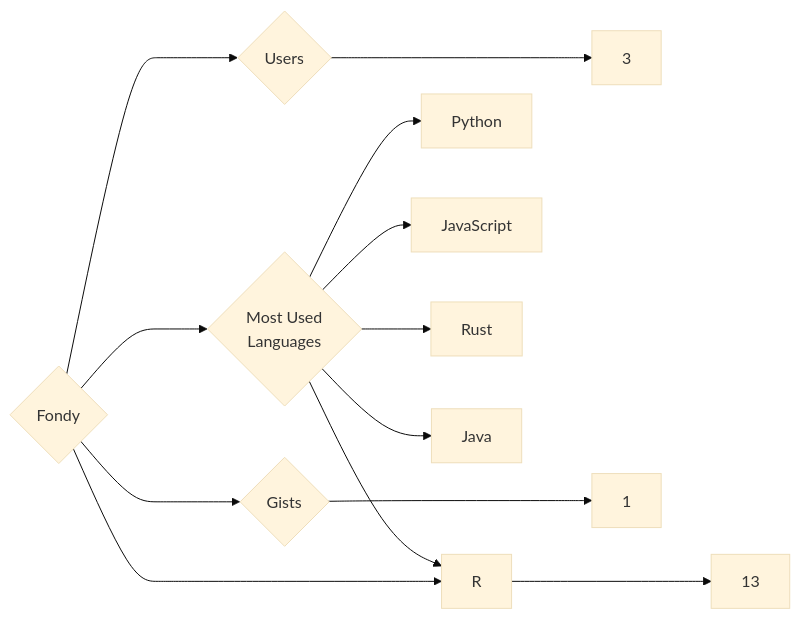
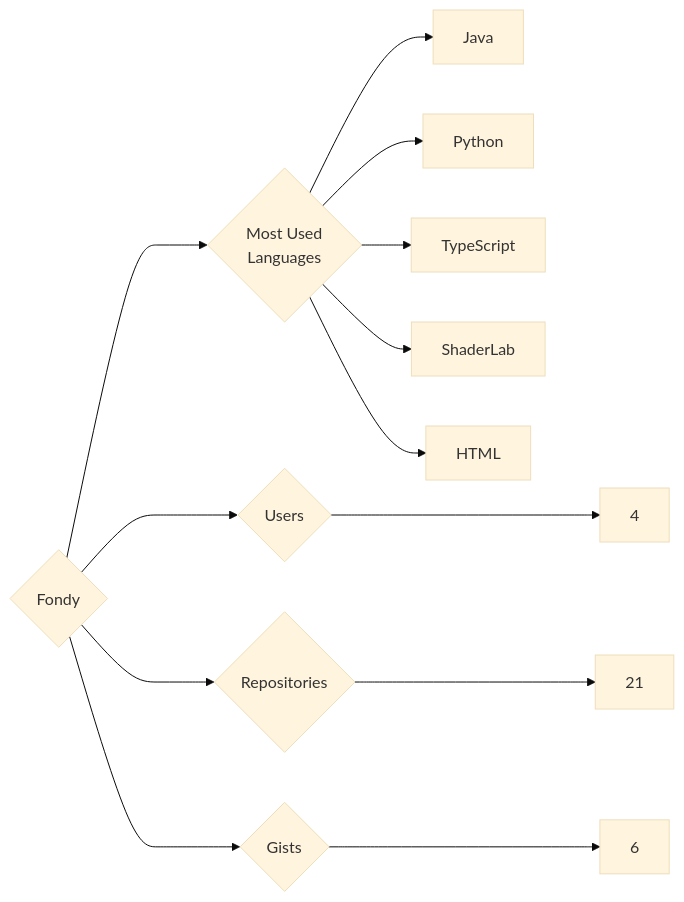
The diagram in targets/Fondy/README.md (trickest/insiders), drawn with Mermaid (base theme) before and after one commit. The commit also changed 1314 other files, not shown here.

````diff
--- a/targets/Fondy/README.md
+++ b/targets/Fondy/README.md
@@ -3,13 +3,13 @@
 ```mermaid
 graph LR
 COMPANY_NAME{Fondy}
-COMPANY_NAME ---> U{Users} ---> UN[3]
-COMPANY_NAME ---> R{Repositories} ---> RN[13]
-COMPANY_NAME ---> G{Gists} ---> GN[1]
+COMPANY_NAME ---> U{Users} ---> UN[4]
+COMPANY_NAME ---> R{Repositories} ---> RN[21]
+COMPANY_NAME ---> G{Gists} ---> GN[6]
 COMPANY_NAME ---> ML{Most Used<br>Languages}
+ML --> Java[Java]
 ML --> Python[Python]
-ML --> JavaScript[JavaScript]
-ML --> Rust[Rust]
-ML --> R[R]
-ML --> Java[Java]
+ML --> TypeScript[TypeScript]
+ML --> ShaderLab[ShaderLab]
+ML --> HTML[HTML]
 ```
````
